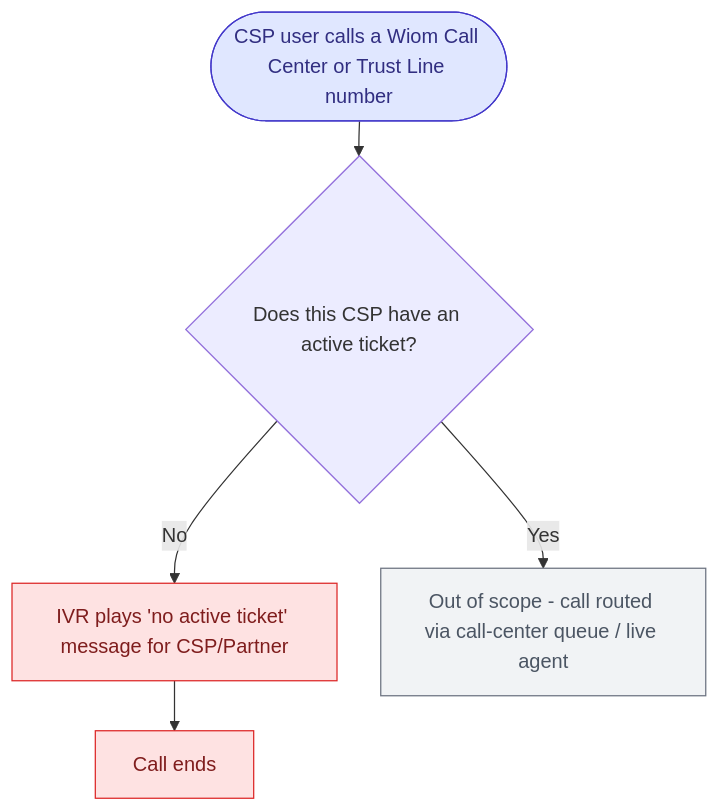
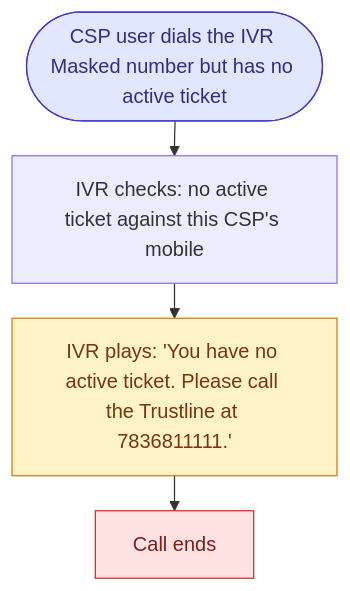
One commit to ashish-raj-wiom/IVR-Routing-Solutioning changed the diagram in diagrams/src/uc14.mmd. Above: the diagram before and after it, drawn with Mermaid. The commit also changed 8 other files, not shown here.

First line of the commit message:
Correct UC 14 / UC 15 - dead-end fires on IVR Masked number, redirects user

```diff
--- a/diagrams/src/uc14.mmd
+++ b/diagrams/src/uc14.mmd
@@ -1,14 +1,12 @@
 %%{init: {'theme':'default', 'flowchart': {'nodeSpacing': 35, 'rankSpacing': 28}}}%%
 flowchart TD
-    Start([CSP user calls a Wiom Call Center or Trust Line number]) --> Check{Does this CSP have an active ticket?}
-    Check -->|No| Audio[IVR plays 'no active ticket' message for CSP/Partner]
+    Start([CSP user dials the IVR Masked number but has no active ticket]) --> Check[IVR checks: no active ticket against this CSP's mobile]
+    Check --> Audio[IVR plays: 'You have no active ticket. Please call the Trustline at 7836811111.']
     Audio --> End[Call ends]
-    Check -->|Yes| OOS[Out of scope - call routed via call-center queue / live agent]
 
     classDef start fill:#e0e7ff,stroke:#4338ca,color:#312e81
+    classDef neutral fill:#fef3c7,stroke:#d97706,color:#78350f
     classDef bad fill:#fee2e2,stroke:#dc2626,color:#7f1d1d
-    classDef neutral fill:#fef3c7,stroke:#d97706,color:#78350f
-    classDef oos fill:#f1f3f5,stroke:#6b7280,color:#4b5563
     class Start start
-    class Audio,End bad
-    class OOS oos
+    class Audio neutral
+    class End bad
```
